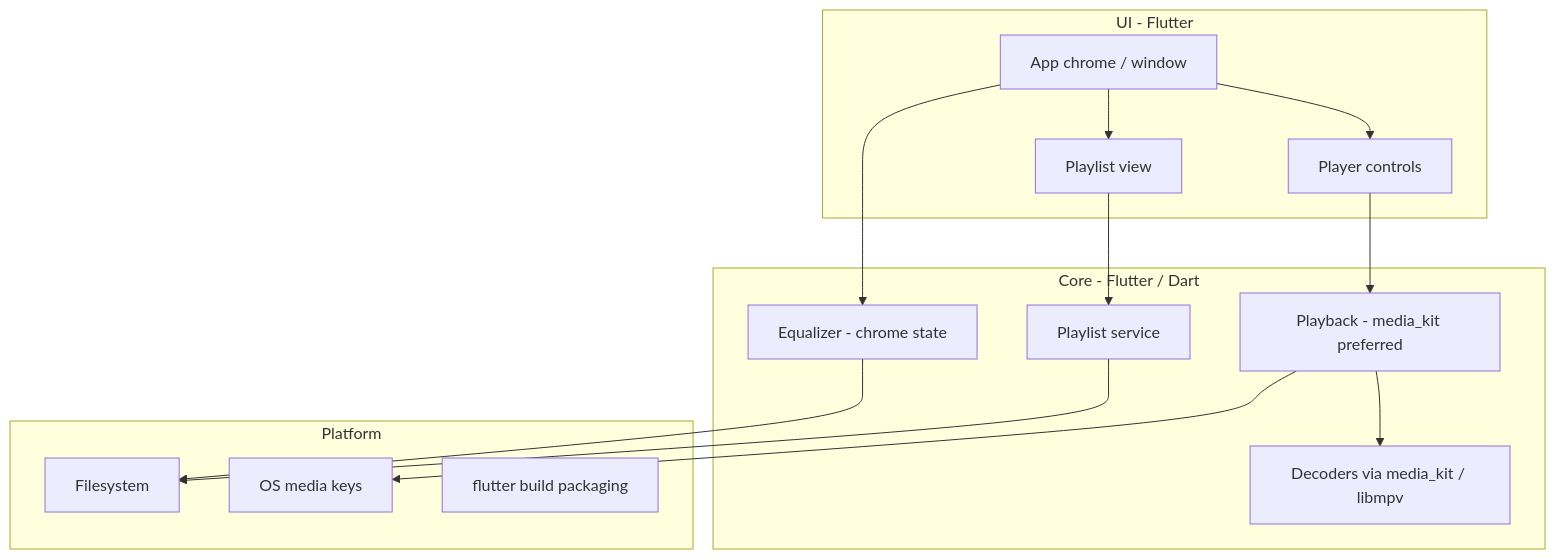
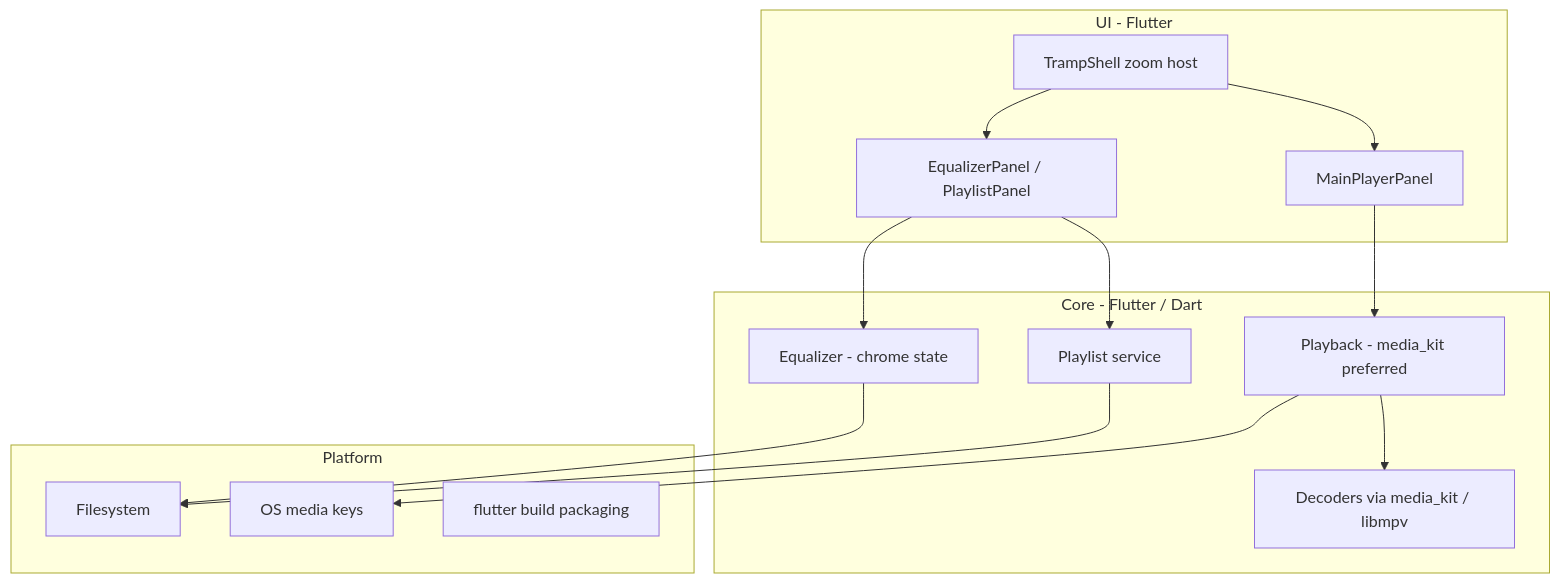
The diagram in docs/architecture.md (eliranbenishai/aoide), drawn with Mermaid before and after one commit. The commit also changed other lines of this file and 8 other files, not shown here.

````diff
--- a/docs/architecture.md
+++ b/docs/architecture.md
@@ -20,28 +20,28 @@
 ```mermaid
 flowchart TB
   subgraph ui [UI - Flutter]
-    Chrome[App chrome / window]
-    Player[Player controls]
-    Playlist[Playlist view]
+    Shell[TrampShell zoom host]
+    Main[MainPlayerPanel]
+    Lower[EqualizerPanel / PlaylistPanel]
   end
   subgraph core [Core - Flutter / Dart]
     Playback[Playback - media_kit preferred]
     PlaylistSvc[Playlist service]
     Eq[Equalizer - chrome state]
     Formats[Decoders via media_kit / libmpv]
   end
   subgraph platform [Platform]
     FS[Filesystem]
     MediaKeys[OS media keys]
     Pack[flutter build packaging]
   end
-  Chrome --> Player
-  Chrome --> Playlist
-  Chrome --> Eq
-  Player --> Playback
-  Playlist --> PlaylistSvc
+  Shell --> Main
+  Shell --> Lower
+  Main --> Playback
+  Lower --> PlaylistSvc
+  Lower --> Eq
   Playback --> Formats
   PlaylistSvc --> FS
   Eq --> FS
   Playback --> MediaKeys
 ```
````
